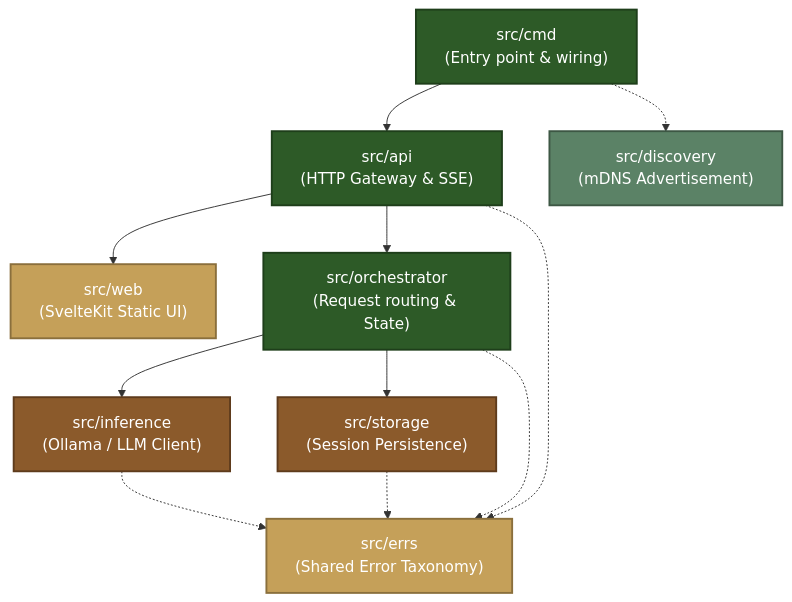
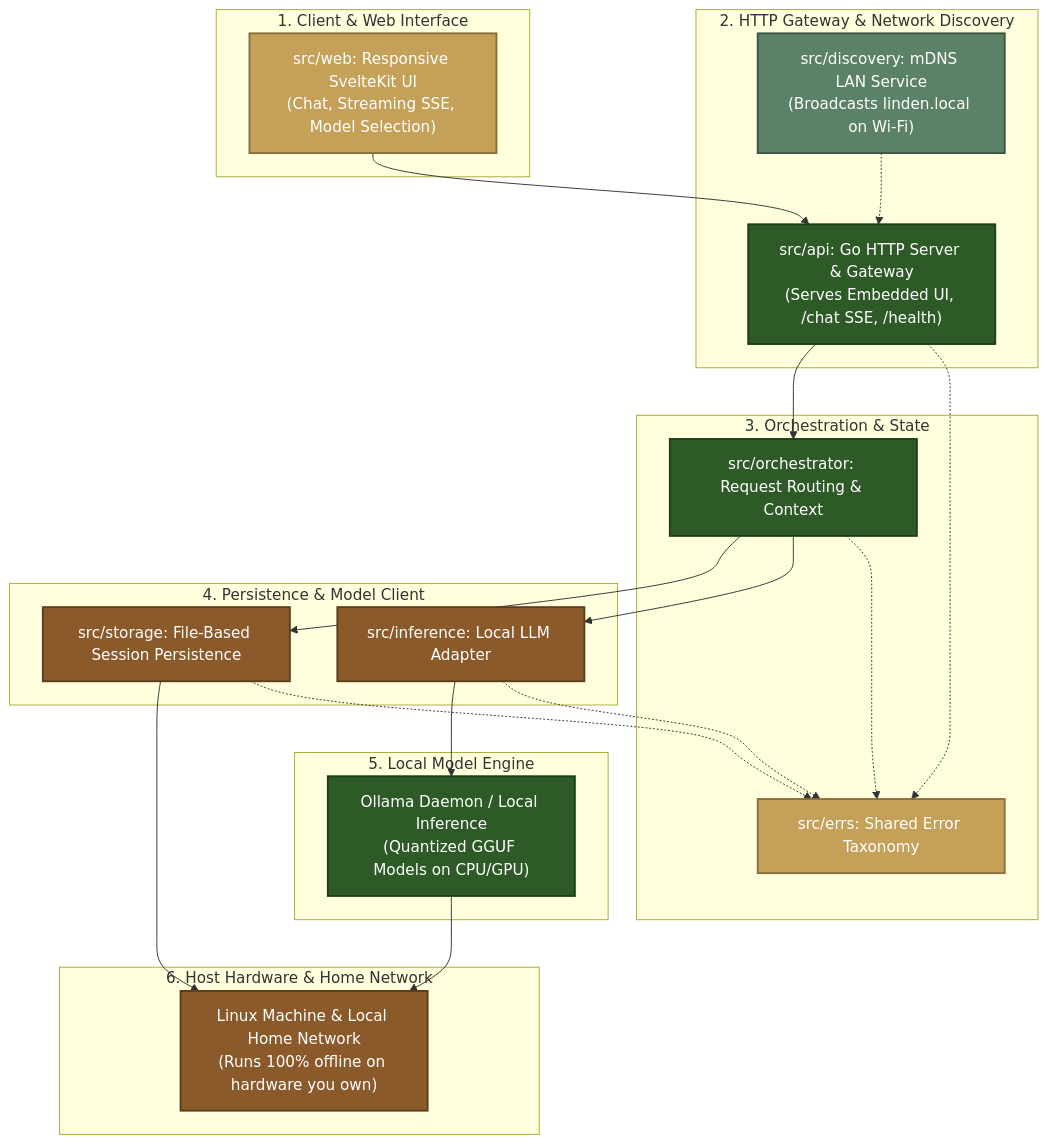
The diagram in README.md (dawsonyoung/linden), drawn with Mermaid before and after one commit. The commit also changed other lines of this file and 7 other files, not shown here.

````diff
--- a/README.md
+++ b/README.md
@@ -38,18 +119,47 @@
 ```mermaid
 graph TD
-  cmd["src/cmd<br/>(Entry point & wiring)"]:::forest --> api["src/api<br/>(HTTP Gateway & SSE)"]:::forest
-  api --> web["src/web<br/>(SvelteKit Static UI)"]:::gold
-  api --> orch["src/orchestrator<br/>(Request routing & State)"]:::forest
-  orch --> inf["src/inference<br/>(Ollama / LLM Client)"]:::brown
-  orch --> stor["src/storage<br/>(Session Persistence)"]:::brown
-  cmd -.-> disc["src/discovery<br/>(mDNS Advertisement)"]:::sage
-  inf -.-> errs["src/errs<br/>(Shared Error Taxonomy)"]:::gold
-  stor -.-> errs
+  subgraph UI ["1. Client & Web Interface"]
+    web["src/web: Responsive SvelteKit UI<br/>(Chat, Streaming SSE, Model Selection)"]:::gold
+  end
+
+  subgraph Gateway ["2. HTTP Gateway & Network Discovery"]
+    api["src/api: Go HTTP Server & Gateway<br/>(Serves Embedded UI, /chat SSE, /health)"]:::forest
+    disc["src/discovery: mDNS LAN Service<br/>(Broadcasts linden.local on Wi-Fi)"]:::sage
+  end
+
+  subgraph Core ["3. Orchestration & State"]
+    orch["src/orchestrator: Request Routing & Context"]:::forest
+    errs["src/errs: Shared Error Taxonomy"]:::gold
+  end
+
+  subgraph Backend ["4. Persistence & Model Client"]
+    stor["src/storage: File-Based Session Persistence"]:::brown
+    inf["src/inference: Local LLM Adapter"]:::brown
+  end
+
+  subgraph InferenceDaemon ["5. Local Model Engine"]
+    ollama["Ollama Daemon / Local Inference<br/>(Quantized GGUF Models on CPU/GPU)"]:::forest
+  end
+
+  subgraph Hardware ["6. Host Hardware & Home Network"]
+    hw["Linux Machine & Local Home Network<br/>(Runs 100% offline on hardware you own)"]:::brown
+  end
+
+  web --> api
+  disc -.-> api
+  api --> orch
+  orch --> stor
+  orch --> inf
+  inf --> ollama
+  ollama --> hw
+  stor --> hw
   orch -.-> errs
   api -.-> errs
+  inf -.-> errs
+  stor -.-> errs
 
   classDef forest fill:#2D5A27,stroke:#1E3E1A,color:#FFFFFF,stroke-width:2px;
   classDef brown fill:#8B5A2B,stroke:#5E3B1C,color:#FFFFFF,stroke-width:2px;
   classDef gold fill:#C5A059,stroke:#8A6F3C,color:#FFFFFF,stroke-width:2px;
   classDef sage fill:#5B8266,stroke:#3D5744,color:#FFFFFF,stroke-width:2px;
 ```
````
